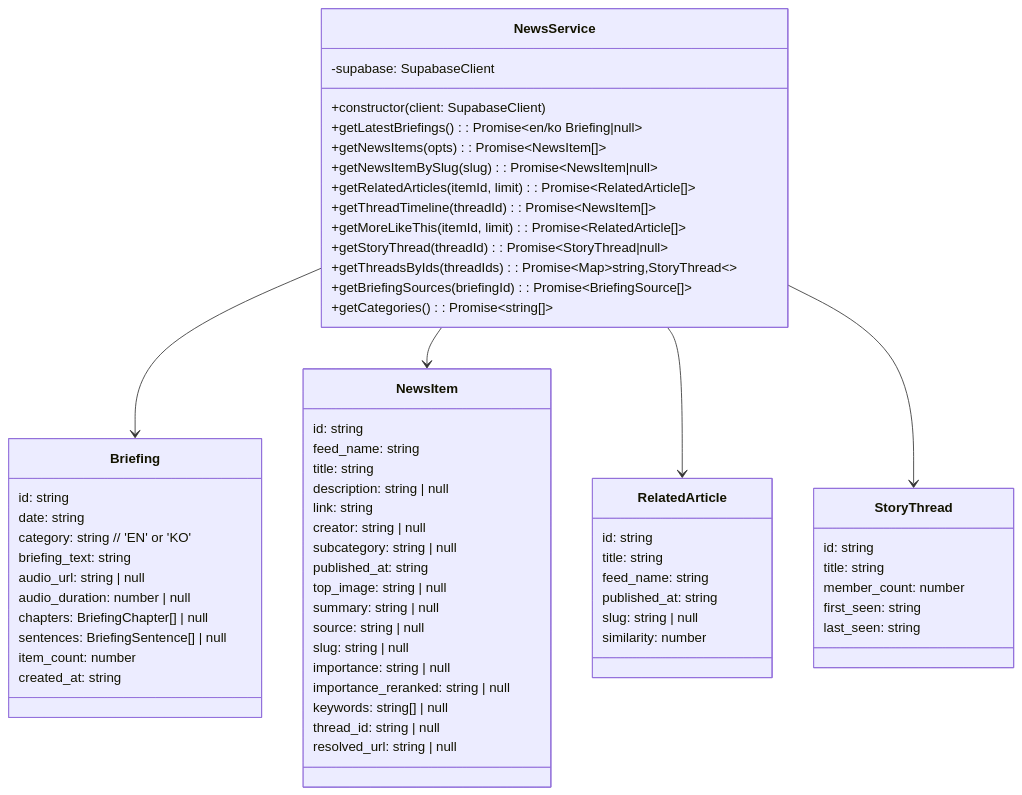
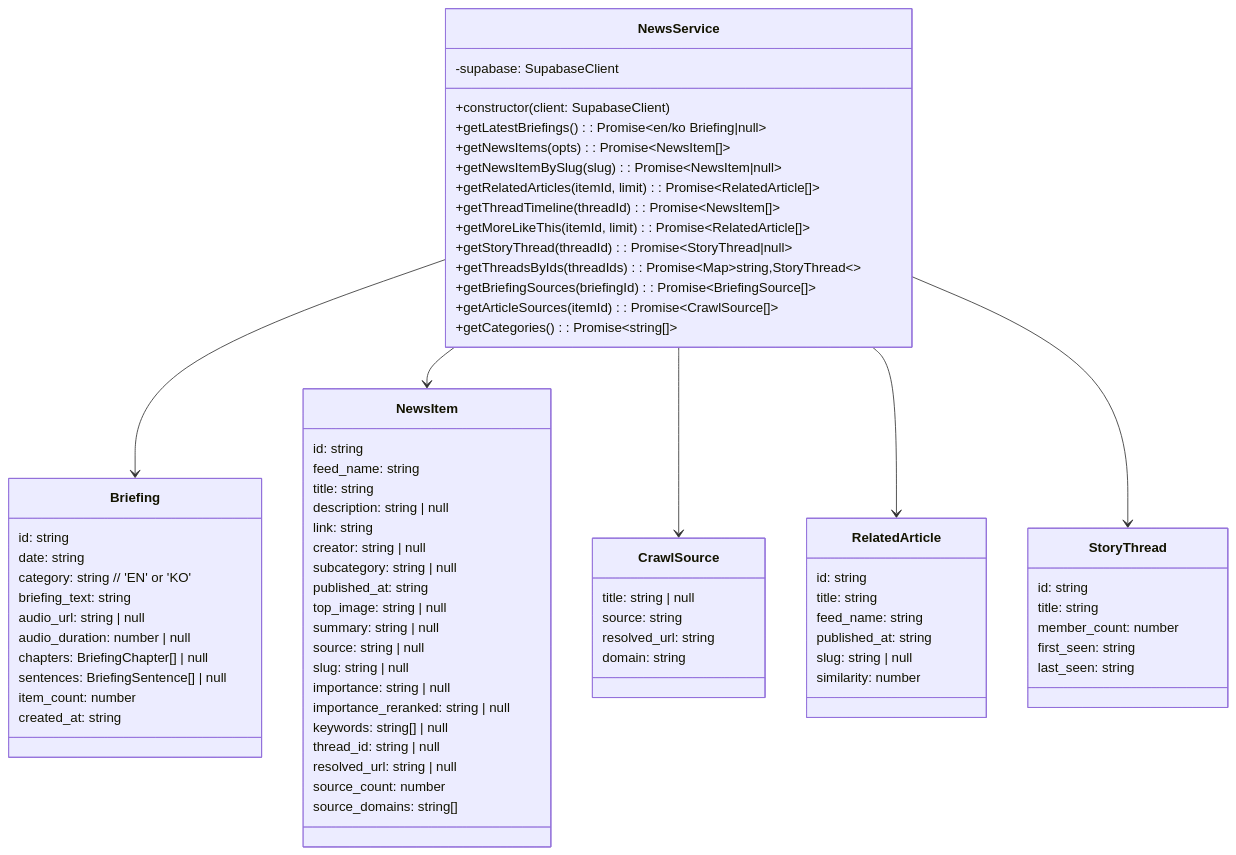
Before and after one commit to choym92/araverus: the fifth of 6 diagrams in docs/2-news-frontend.md, drawn with Mermaid. The commit also changed other lines of this file and 9 other files, not shown here.

First line of the commit message:
feat: improve news card layout, source attribution, and sentence parsing

````diff
--- a/docs/2-news-frontend.md
+++ b/docs/2-news-frontend.md
@@ -462,6 +482,7 @@
         +getStoryThread(threadId): Promise~StoryThread|null~
         +getThreadsByIds(threadIds): Promise~Map~string,StoryThread~~
         +getBriefingSources(briefingId): Promise~BriefingSource[]~
+        +getArticleSources(itemId): Promise~CrawlSource[]~
         +getCategories(): Promise~string[]~
     }
 
@@ -496,6 +517,15 @@
         keywords: string[] | null
         thread_id: string | null
         resolved_url: string | null
+        source_count: number
+        source_domains: string[]
+    }
+
+    class CrawlSource {
+        title: string | null
+        source: string
+        resolved_url: string
+        domain: string
     }
 
     class RelatedArticle {
@@ -517,6 +547,7 @@
 
     NewsService --> Briefing
     NewsService --> NewsItem
+    NewsService --> CrawlSource
     NewsService --> RelatedArticle
     NewsService --> StoryThread
 ```
````
